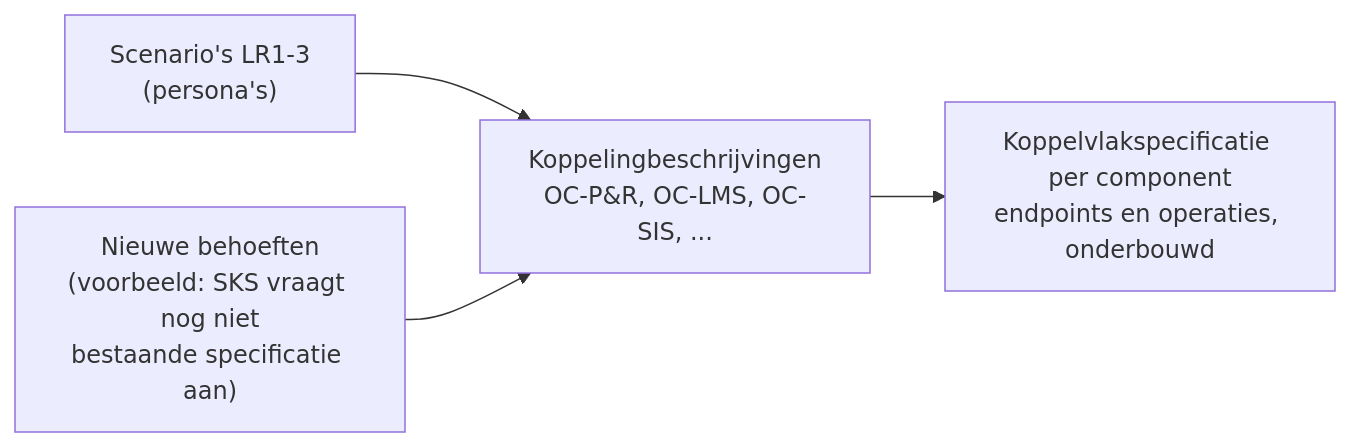
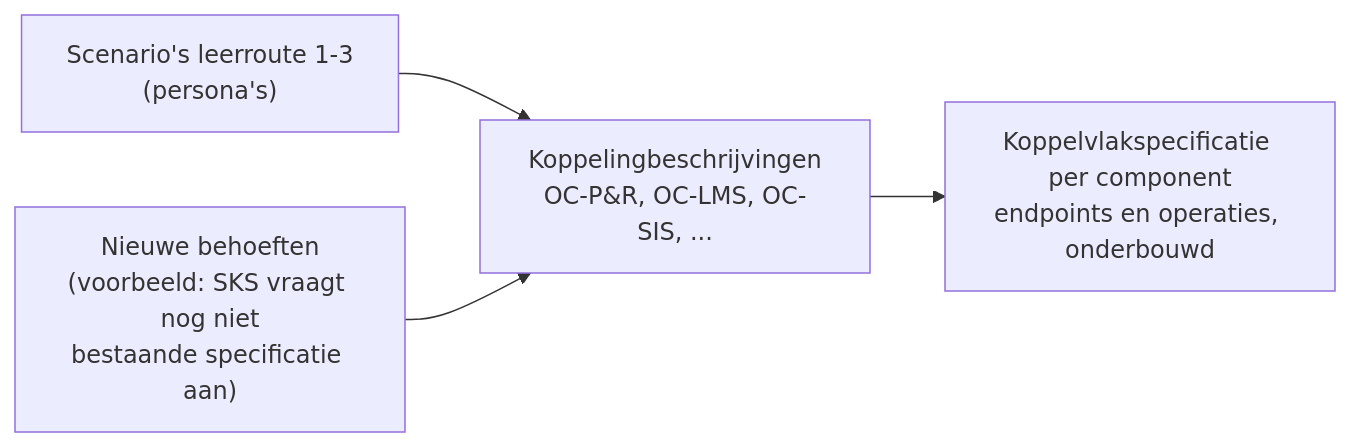
The second of 2 diagrams in architecture/agent-artifacts/design-docs/koppelingspecificaties/README.md (Npuls-OKx/meta), drawn with Mermaid before and after one commit. The commit also changed other lines of this file, not shown here.

````diff
--- a/architecture/agent-artifacts/design-docs/koppelingspecificaties/README.md
+++ b/architecture/agent-artifacts/design-docs/koppelingspecificaties/README.md
@@ -33,6 +33,6 @@
 ```mermaid
 flowchart LR
-    S["Scenario's LR1-3<br/>(persona's)"] --> KB["Koppelingbeschrijvingen<br/>OC-P&R, OC-LMS, OC-SIS, ..."]
+    S["Scenario's leerroute 1-3<br/>(persona's)"] --> KB["Koppelingbeschrijvingen<br/>OC-P&R, OC-LMS, OC-SIS, ..."]
     N["Nieuwe behoeften<br/>(voorbeeld: SKS vraagt nog niet<br/>bestaande specificatie aan)"] --> KB
     KB --> KV["Koppelvlakspecificatie per component<br/>endpoints en operaties, onderbouwd"]
 ```
````
